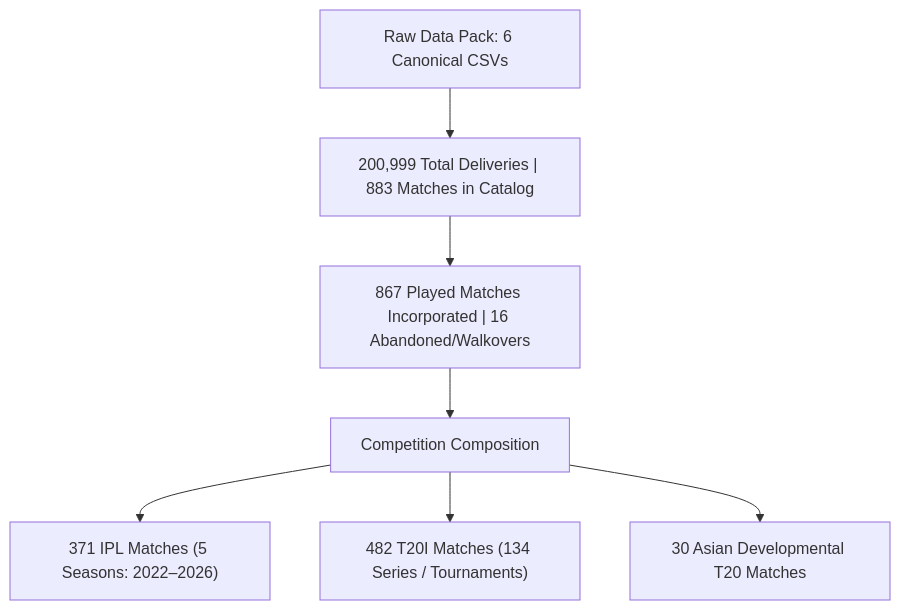
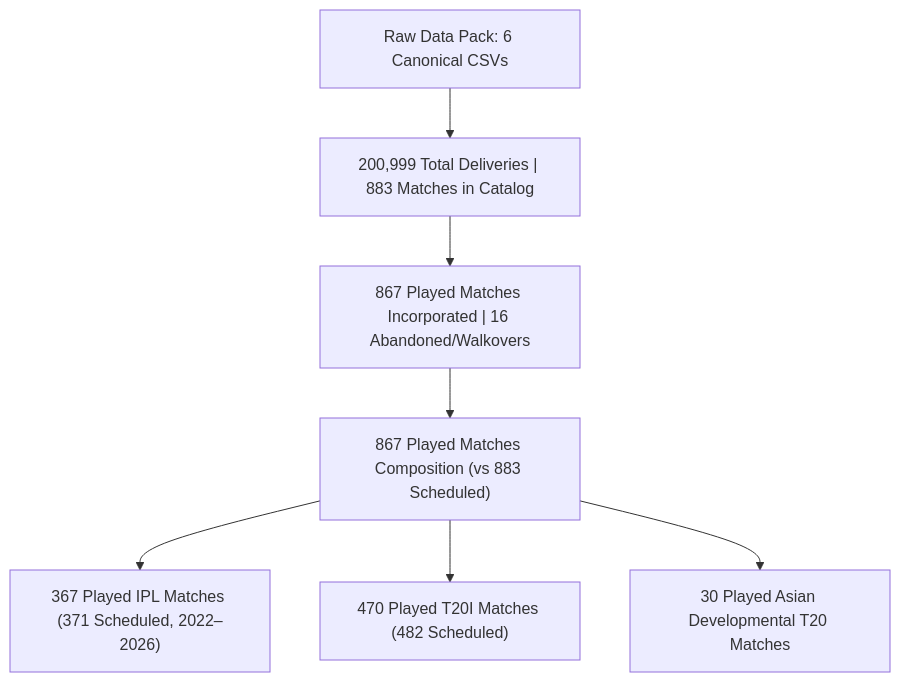
The diagram in docs/NOV15_INDEPENDENT_COMPETITION_REAUDIT.md (kiran-source/PRESSUREIQ), drawn with Mermaid before and after one commit. The commit also changed other lines of this file and 25 other files, not shown here.

````diff
--- a/docs/NOV15_INDEPENDENT_COMPETITION_REAUDIT.md
+++ b/docs/NOV15_INDEPENDENT_COMPETITION_REAUDIT.md
@@ -113,9 +115,9 @@
 ```mermaid
 flowchart TD
     Raw["Raw Data Pack: 6 Canonical CSVs"] --> Count["200,999 Total Deliveries | 883 Matches in Catalog"]
     Count --> Played["867 Played Matches Incorporated | 16 Abandoned/Walkovers"]
-    Played --> CompSplit["Competition Composition"]
-    CompSplit --> IPL["371 IPL Matches (5 Seasons: 2022–2026)"]
-    CompSplit --> T20I["482 T20I Matches (134 Series / Tournaments)"]
-    CompSplit --> Asian["30 Asian Developmental T20 Matches"]
+    Played --> CompSplit["867 Played Matches Composition (vs 883 Scheduled)"]
+    CompSplit --> IPL["367 Played IPL Matches (371 Scheduled, 2022–2026)"]
+    CompSplit --> T20I["470 Played T20I Matches (482 Scheduled)"]
+    CompSplit --> Asian["30 Played Asian Developmental T20 Matches"]
 ```
````
